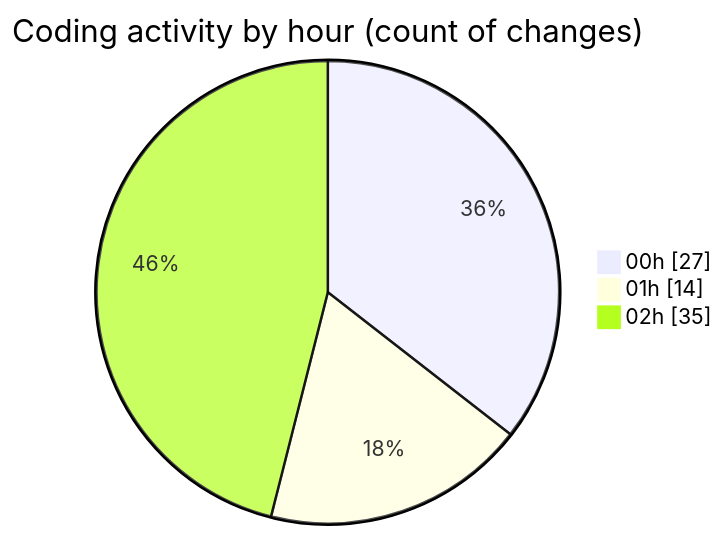
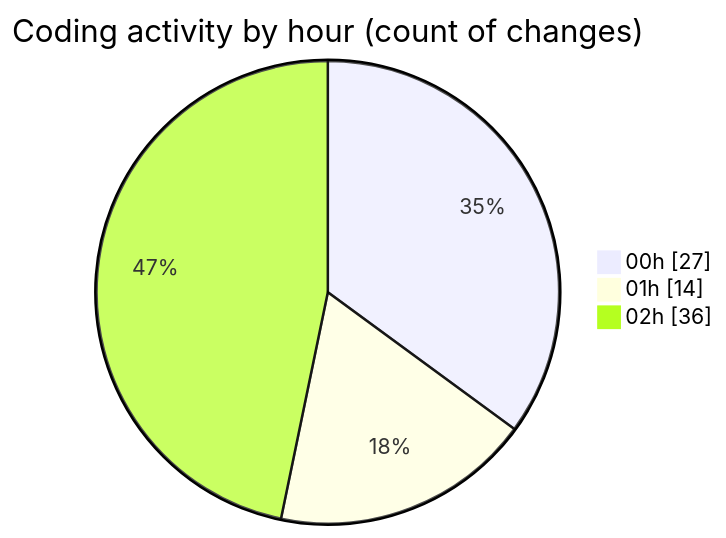
The second of 2 diagrams in 2025-07-17/nhahang/README.md (lephambinh05/code-tracking), drawn with Mermaid before and after one commit. The commit also changed other lines of this file and 1 other file, not shown here.

````diff
--- a/2025-07-17/nhahang/README.md
+++ b/2025-07-17/nhahang/README.md
@@ -57,7 +57,7 @@
 ```mermaid
 pie showData
 title Coding activity by hour (count of changes)
 "00h" : 27
 "01h" : 14
-"02h" : 35
+"02h" : 36
 ```
````
